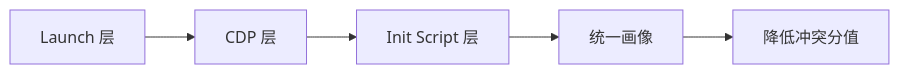
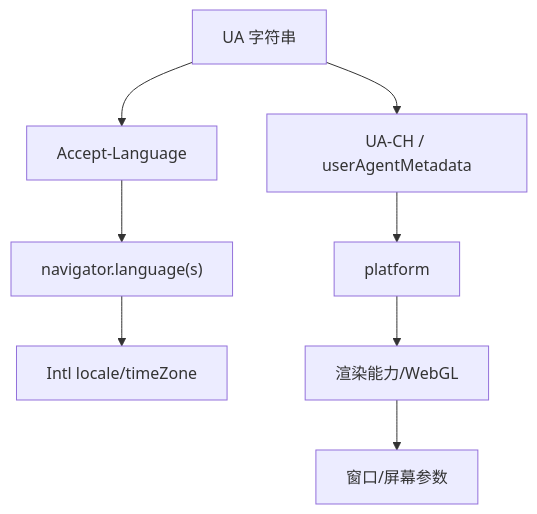
One commit to leeguooooo/chrome-use changed the second of 3 diagrams in docs/blog/agent-browser-stealth-attack-defense-playbook.zh-CN.md. Above: the diagram before and after it, drawn with Mermaid. The commit also changed other lines of this file and 15 other files, not shown here.

````diff
--- a/docs/blog/agent-browser-stealth-attack-defense-playbook.zh-CN.md
+++ b/docs/blog/agent-browser-stealth-attack-defense-playbook.zh-CN.md
@@ -47,7 +49,10 @@
 ```mermaid
-flowchart LR
-  A["Launch 层"] --> B["CDP 层"]
-  B --> C["Init Script 层"]
-  C --> D["统一画像"]
-  D --> E["降低冲突分值"]
+flowchart TD
+  UA["UA 字符串"] --> UACH["UA-CH / userAgentMetadata"]
+  UA --> LangH["Accept-Language"]
+  LangH --> LangJS["navigator.language(s)"]
+  LangJS --> Intl["Intl locale/timeZone"]
+  Plat["platform"] --> Rend["渲染能力/WebGL"]
+  Rend --> Win["窗口/屏幕参数"]
+  UACH --> Plat
 ```
````
